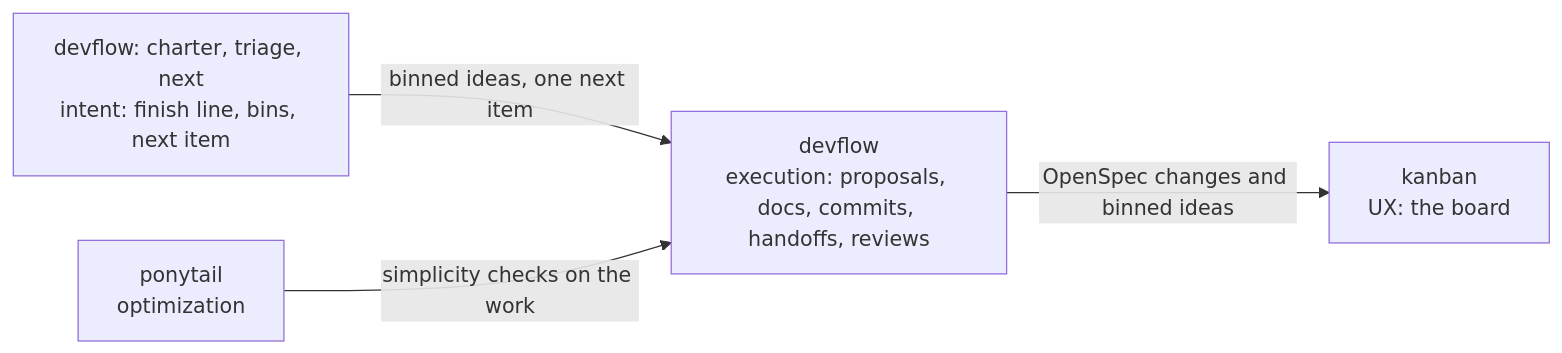
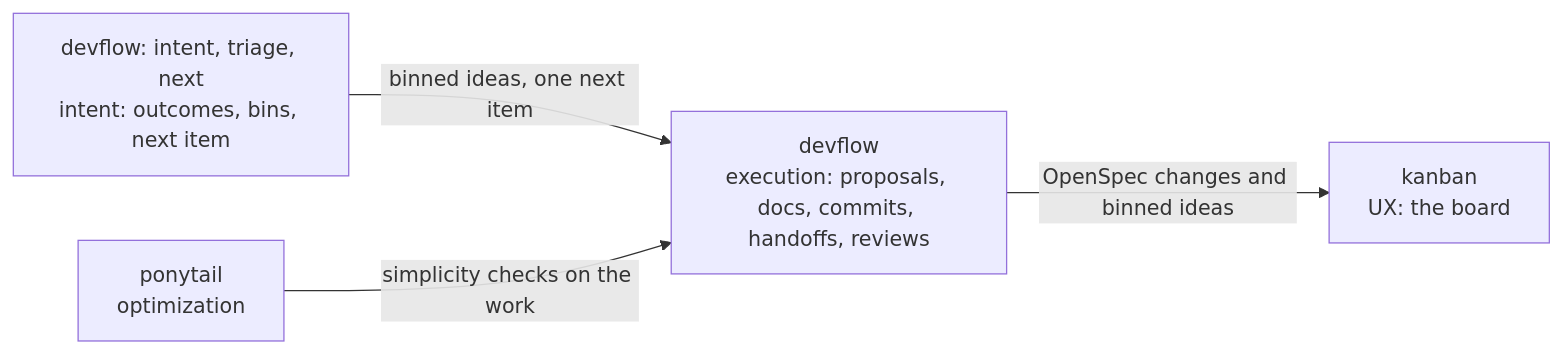
The first of 3 diagrams in README.md (sdevikar/sdlc-tools), drawn with Mermaid before and after one commit. The commit also changed other lines of this file and 13 other files, not shown here.

First line of the commit message:
feat(devflow): replace the charter with the playbook's intent.md

````diff
--- a/README.md
+++ b/README.md
@@ -21,10 +21,10 @@
 ```mermaid
 flowchart LR
-    IN["devflow: charter, triage, next<br/>intent: finish line, bins, next item"]
+    IN["devflow: intent, triage, next<br/>intent: outcomes, bins, next item"]
     DF["devflow<br/>execution: proposals, docs, commits, handoffs, reviews"]
     PT["ponytail<br/>optimization"]
     KB["kanban<br/>UX: the board"]
     IN -- "binned ideas, one next item" --> DF
     PT -- "simplicity checks on the work" --> DF
     DF -- "OpenSpec changes and binned ideas" --> KB
 ```
````
